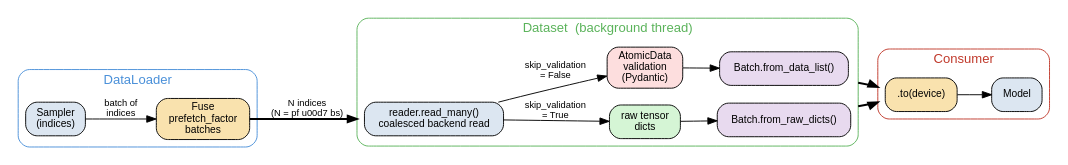
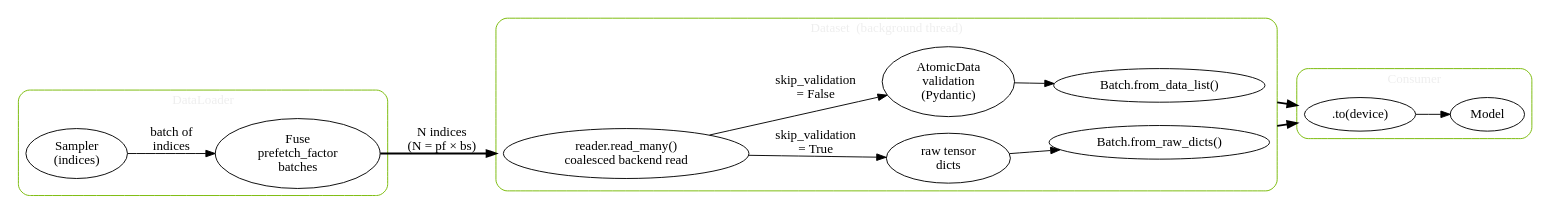
Before and after one commit to NVIDIA/nvalchemi-toolkit: the diagram in docs/userguide/zarr_compression.md, drawn with Graphviz. The commit also changed other lines of this file and 140 other files, not shown here.

````diff
--- a/docs/userguide/zarr_compression.md
+++ b/docs/userguide/zarr_compression.md
@@ -666,55 +666,52 @@
 ```{graphviz}
 :caption: End-to-end read pipeline.
 
 digraph read_pipeline {
     rankdir=LR
     compound=true
-    fontname="Helvetica"
-    node [fontname="Helvetica" fontsize=11 shape=box style="filled,rounded"]
-    edge [fontname="Helvetica" fontsize=10]
 
     subgraph cluster_dataloader {
         label="DataLoader"
         style=rounded
-        color="#4a90d9"
-        fontcolor="#4a90d9"
+        color="#76b900"
+        fontcolor="#eeeeee"
 
-        sampler [label="Sampler\n(indices)" fillcolor="#dce6f1"]
-        fuse [label="Fuse\nprefetch_factor\nbatches" fillcolor="#f9e2ae"]
+        sampler [label="Sampler\n(indices)"]
+        fuse [label="Fuse\nprefetch_factor\nbatches" fillcolor="#4a3315"]
         sampler -> fuse [label="batch of\nindices"]
     }
 
     subgraph cluster_dataset {
         label="Dataset  (background thread)"
         style=rounded
-        color="#5bb35b"
-        fontcolor="#5bb35b"
+        color="#76b900"
+        fontcolor="#eeeeee"
 
-        read_many [label="reader.read_many()\ncoalesced backend read" fillcolor="#dce6f1"]
-        validate [label="AtomicData\nvalidation\n(Pydantic)" fillcolor="#fddede"]
-        raw [label="raw tensor\ndicts" fillcolor="#d5f5d5"]
-        batch_val [label="Batch.from_data_list()" fillcolor="#e8daef"]
-        batch_raw [label="Batch.from_raw_dicts()" fillcolor="#e8daef"]
+        read_many [label="reader.read_many()\ncoalesced backend read"]
+        validate [label="AtomicData\nvalidation\n(Pydantic)" fillcolor="#4a2222"]
+        raw [label="raw tensor\ndicts" fillcolor="#26351d"]
+        batch_val [label="Batch.from_data_list()" fillcolor="#2d2740"]
+        batch_raw [label="Batch.from_raw_dicts()" fillcolor="#2d2740"]
 
         read_many -> validate [label="skip_validation\n= False"]
         read_many -> raw [label="skip_validation\n= True"]
         validate -> batch_val
         raw -> batch_raw
     }
 
     subgraph cluster_consumer {
         label="Consumer"
         style=rounded
-        color="#c0392b"
-        fontcolor="#c0392b"
+        color="#76b900"
+        fontcolor="#eeeeee"
 
-        device [label=".to(device)" fillcolor="#f9e2ae"]
-        model [label="Model" fillcolor="#dce6f1"]
+        device [label=".to(device)" fillcolor="#4a3315"]
+        model [label="Model"]
         device -> model
     }
 
-    fuse -> read_many [label="N indices\n(N = pf \u00d7 bs)" lhead=cluster_dataset style=bold]
+    fuse -> read_many [label="N indices\n(N = pf × bs)" lhead=cluster_dataset style=bold]
     batch_val -> device [ltail=cluster_dataset lhead=cluster_consumer style=bold]
     batch_raw -> device [ltail=cluster_dataset lhead=cluster_consumer style=bold]
 }
 ```
````
